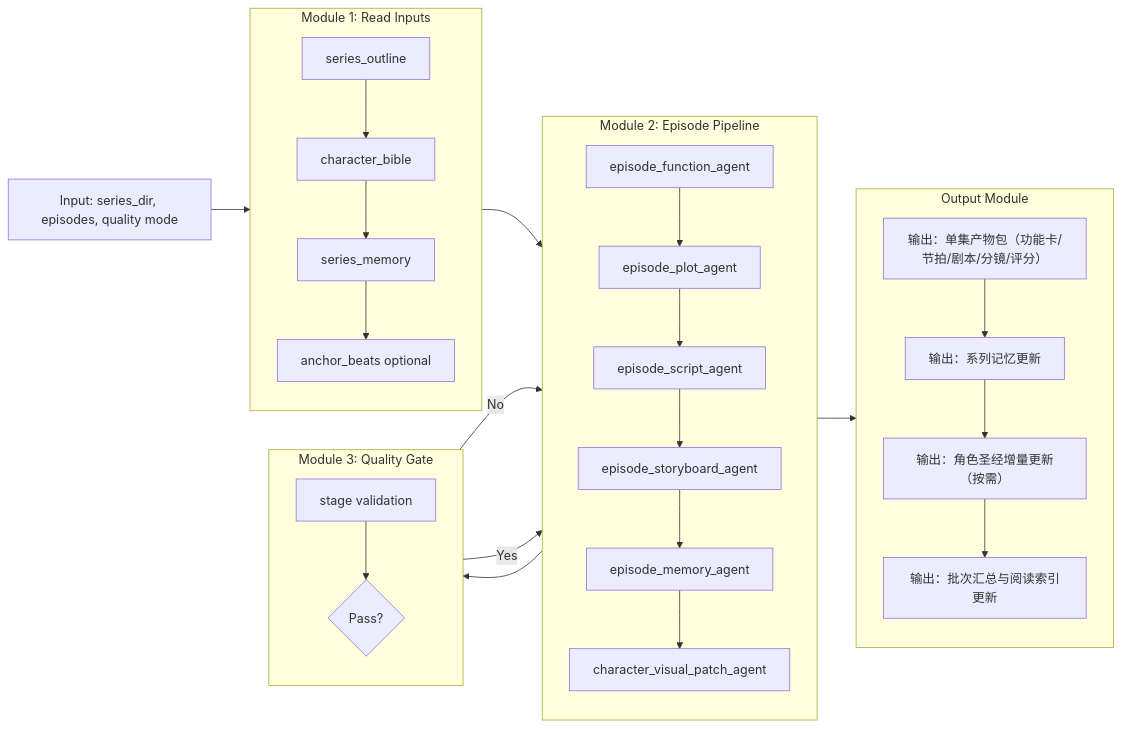
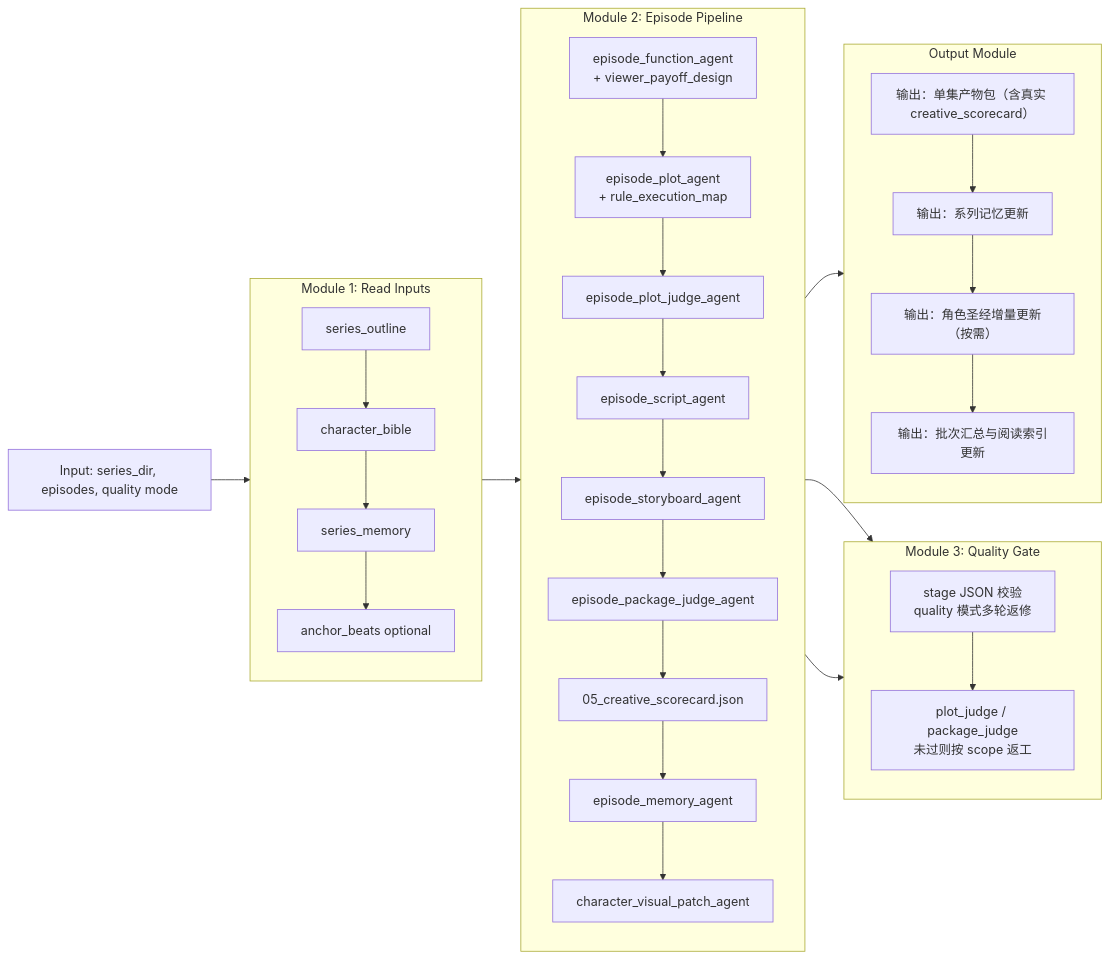
Before and after one commit to WeiXia-0000/ai-shortdrama-agent: the second of 2 diagrams in README.md, drawn with Mermaid. The commit also changed other lines of this file and 19383 other files, not shown here.

First line of the commit message:
Enhance episode pipeline agents and validation logic

````diff
--- a/README.md
+++ b/README.md
@@ -198,46 +198,48 @@
 ```mermaid
 flowchart LR
     E_IN["Input: series_dir, episodes, quality mode"]
 
     subgraph E1["Module 1: Read Inputs"]
       direction TB
       I1["series_outline"]
       I2["character_bible"]
       I3["series_memory"]
       I4["anchor_beats optional"]
       I1 --> I2 --> I3 --> I4
     end
 
     subgraph E2["Module 2: Episode Pipeline"]
       direction TB
-      P1["episode_function_agent"]
-      P2["episode_plot_agent"]
+      P1["episode_function_agent<br/>+ viewer_payoff_design"]
+      P2["episode_plot_agent<br/>+ rule_execution_map"]
+      PJ["episode_plot_judge_agent"]
       P3["episode_script_agent"]
       P4["episode_storyboard_agent"]
+      PK["episode_package_judge_agent"]
+      SC["05_creative_scorecard.json"]
       P5["episode_memory_agent"]
       P6["character_visual_patch_agent"]
-      P1 --> P2 --> P3 --> P4 --> P5 --> P6
+      P1 --> P2 --> PJ --> P3 --> P4 --> PK --> SC --> P5 --> P6
     end
 
     subgraph E3["Module 3: Quality Gate"]
       direction TB
-      Q1["stage validation"]
-      Q2{"Pass?"}
+      Q1["stage JSON 校验<br/>quality 模式多轮返修"]
+      Q2["plot_judge / package_judge<br/>未过则按 scope 返工"]
       Q1 --> Q2
-      Q2 -- "No" --> P4
-      Q2 -- "Yes" --> P5
     end
 
     subgraph R_ALL["Output Module"]
       direction TB
-      R0[输出：单集产物包（功能卡/节拍/剧本/分镜/评分）]
+      R0[输出：单集产物包（含真实 creative_scorecard）]
       R1[输出：系列记忆更新]
       R2[输出：角色圣经增量更新（按需）]
       R3[输出：批次汇总与阅读索引更新]
       R0 --> R1 --> R2 --> R3
     end
 
     E_IN --> E1 --> E2
-    P4 --> Q1
+    P2 --> Q1
+    PK --> Q2
     P6 --> R_ALL
 ```
````
